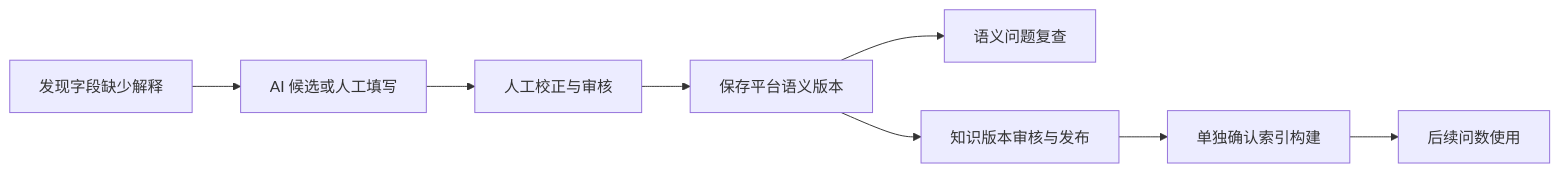
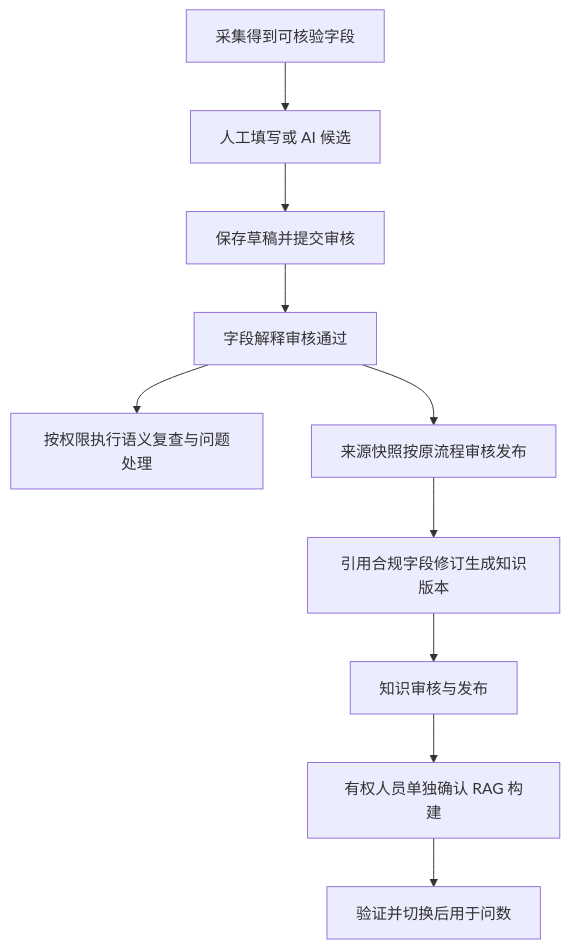
The diagram in docs/development/质量规则与平台内字段语义治理方案.md (TTlook111/data-ocean), drawn with Mermaid before and after one commit. The commit also changed other lines of this file and 99 other files, not shown here.

````diff
--- a/docs/development/质量规则与平台内字段语义治理方案.md
+++ b/docs/development/质量规则与平台内字段语义治理方案.md
@@ -137,10 +137,12 @@
 ```mermaid
-flowchart LR
-    A[发现字段缺少解释] --> B[AI 候选或人工填写]
-    B --> C[人工校正与审核]
-    C --> D[保存平台语义版本]
-    D --> E[语义问题复查]
-    D --> F[知识版本审核与发布]
-    F --> G[单独确认索引构建]
-    G --> H[后续问数使用]
+flowchart TD
+    A[采集得到可核验字段] --> B[人工填写或 AI 候选]
+    B --> C[保存草稿并提交审核]
+    C --> D[字段解释审核通过]
+    D --> E[按权限执行语义复查与问题处理]
+    D --> F[来源快照按原流程审核发布]
+    F --> G[引用合规字段修订生成知识版本]
+    G --> H[知识审核与发布]
+    H --> I[有权人员单独确认 RAG 构建]
+    I --> J[验证并切换后用于问数]
 ```
````
